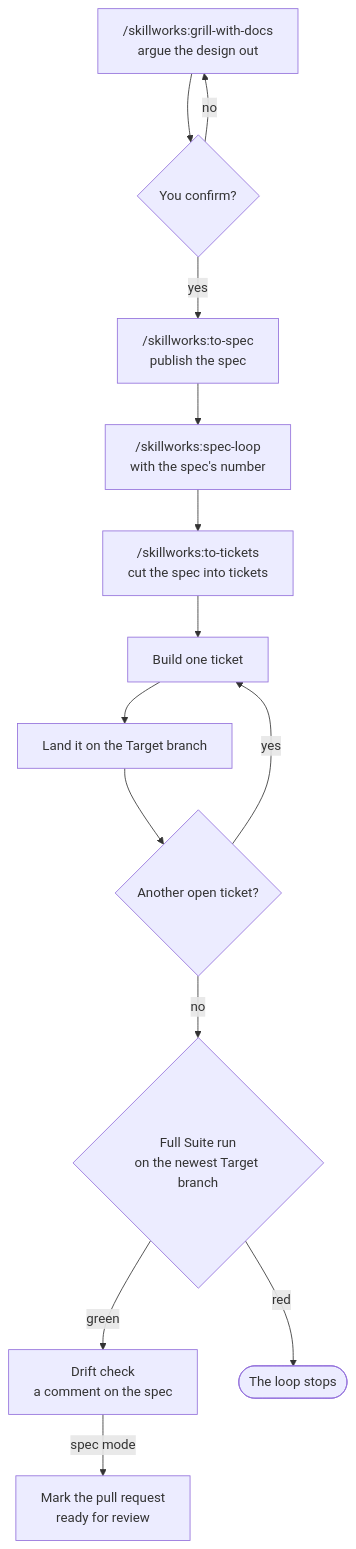
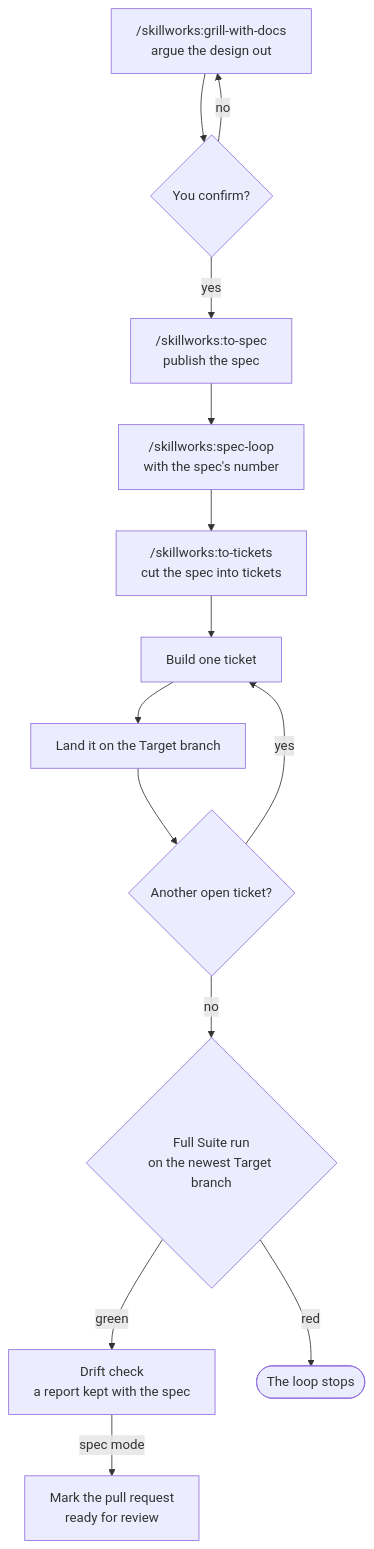
Before and after one commit to MalcolmMcNeely/skillworks: the first of 4 diagrams in docs/usage/the-loop.md, drawn with Mermaid. The commit also changed other lines of this file and 15 other files, not shown here.

First line of the commit message:
what-next, review-spec and spec-drift read the files Tracker

````diff
--- a/docs/usage/the-loop.md
+++ b/docs/usage/the-loop.md
@@ -11,16 +11,16 @@
 ```mermaid
 flowchart TD
     grill["/skillworks:grill-with-docs<br/>argue the design out"] --> gate{"You confirm?"}
     gate -- no --> grill
     gate -- yes --> spec["/skillworks:to-spec<br/>publish the spec"]
     spec --> loop["/skillworks:spec-loop<br/>with the spec's number"]
     loop --> tickets["/skillworks:to-tickets<br/>cut the spec into tickets"]
     tickets --> ticket["Build one ticket"]
     ticket --> land["Land it on the Target branch"]
     land --> more{"Another open ticket?"}
     more -- yes --> ticket
     more -- no --> full{"Full Suite run<br/>on the newest Target branch"}
-    full -- green --> drift["Drift check<br/>a comment on the spec"]
+    full -- green --> drift["Drift check<br/>a report kept with the spec"]
     full -- red --> stop(["The loop stops"])
     drift -- "spec mode" --> ready["Mark the pull request<br/>ready for review"]
 ```
````
